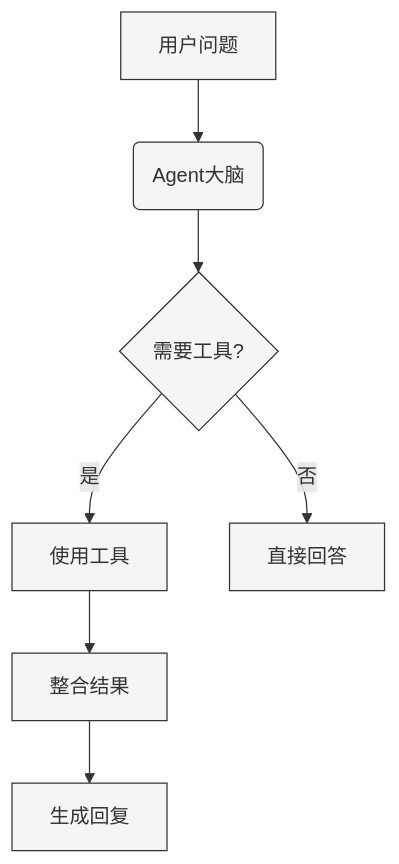
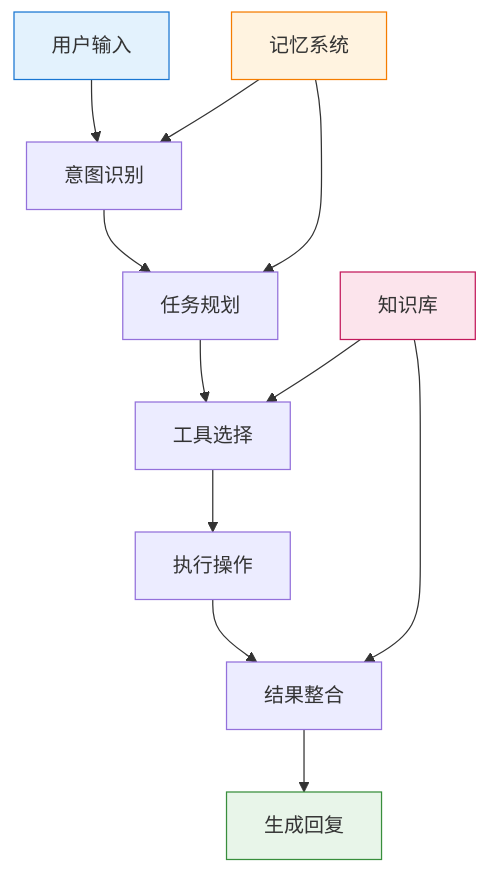
Before and after one commit to KingdeGuo/kingdeguo.github.io: the first of 6 diagrams in _posts/2025-07-14-intro-to-llm-agent-hr.md, drawn with Mermaid. The commit also changed other lines of this file, not shown here.

```diff
--- a/_posts/2025-07-14-intro-to-llm-agent-hr.md
+++ b/_posts/2025-07-14-intro-to-llm-agent-hr.md
@@ -52,16 +32,19 @@
 <div class="mermaid">
-flowchart TD
-    A[用户问题] --> B(Agent大脑)
-    B --> C{需要工具?}
-    C -->|是| D[使用工具]
-    C -->|否| E[直接回答]
-    D --> F[整合结果]
+graph TD
+    A[用户输入] --> B[意图识别]
+    B --> C[任务规划]
+    C --> D[工具选择]
+    D --> E[执行操作]
+    E --> F[结果整合]
     F --> G[生成回复]
-    style A fill:#f5f5f5,stroke:#333
-    style B fill:#f5f5f5,stroke:#333
-    style C fill:#f5f5f5,stroke:#333,shape:diamond
-    style D fill:#f5f5f5,stroke:#333
-    style E fill:#f5f5f5,stroke:#333
-    style F fill:#f5f5f5,stroke:#333
-    style G fill:#f5f5f5,stroke:#333
+    
+    H[记忆系统] --> B
+    H --> C
+    I[知识库] --> D
+    I --> F
+    
+    style A fill:#e3f2fd,stroke:#1976d2
+    style G fill:#e8f5e9,stroke:#388e3c
+    style H fill:#fff3e0,stroke:#f57c00
+    style I fill:#fce4ec,stroke:#c2185b
 </div>
```
